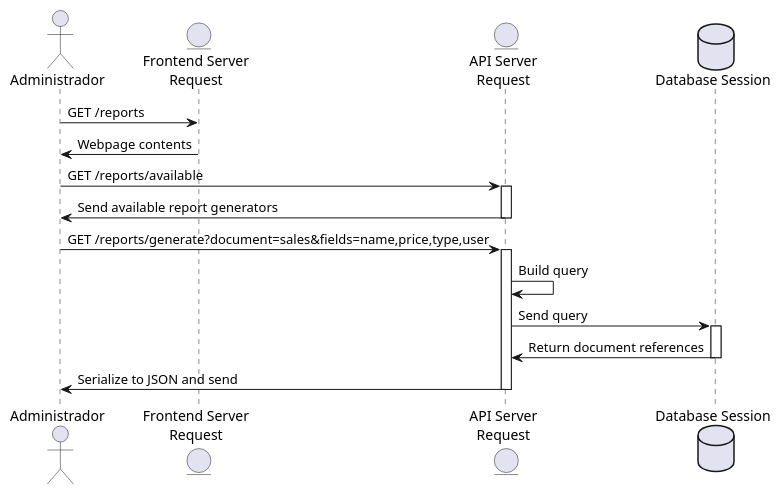
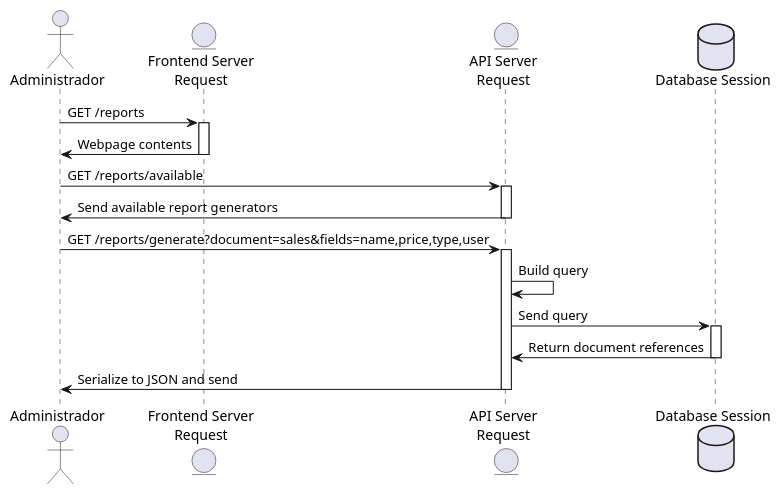
One commit to wuiquique/mycelium-local changed the diagram in uml/requirements/L014.wsd. Above: the diagram before and after it, drawn with PlantUML. The commit also changed 13 other files, not shown here.

Commit message:
More diagrams

```diff
--- a/uml/requirements/L014.wsd
+++ b/uml/requirements/L014.wsd
@@ -1,24 +1,26 @@
 @startuml sequence1
 
 actor "Administrador" as user
 entity "Frontend Server\nRequest" as fe
 entity "API Server\nRequest" as api
 database "Database Session" as db
 
 user -> fe : GET /reports
+activate fe
 fe -> user : Webpage contents
+deactivate fe
 user -> api : GET /reports/available
 activate api
 api -> user : Send available report generators
 deactivate api
 user -> api : GET /reports/generate?document=sales&fields=name,price,type,user
 activate api
 api -> api : Build query
 api -> db : Send query
 activate db
 db -> api : Return document references
 deactivate db
 api -> user : Serialize to JSON and send
 deactivate api
 
 @enduml
```
